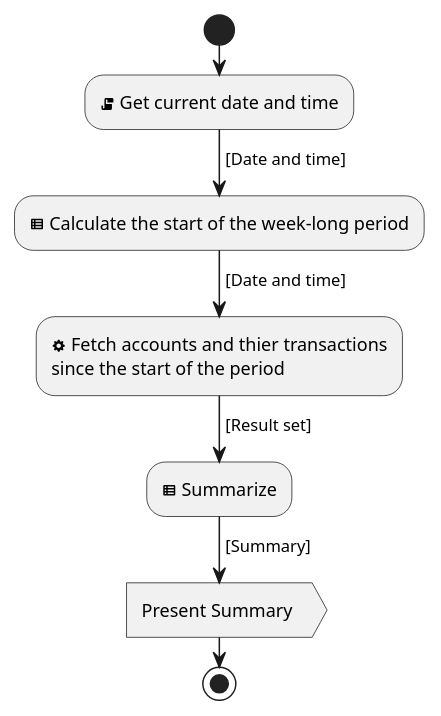
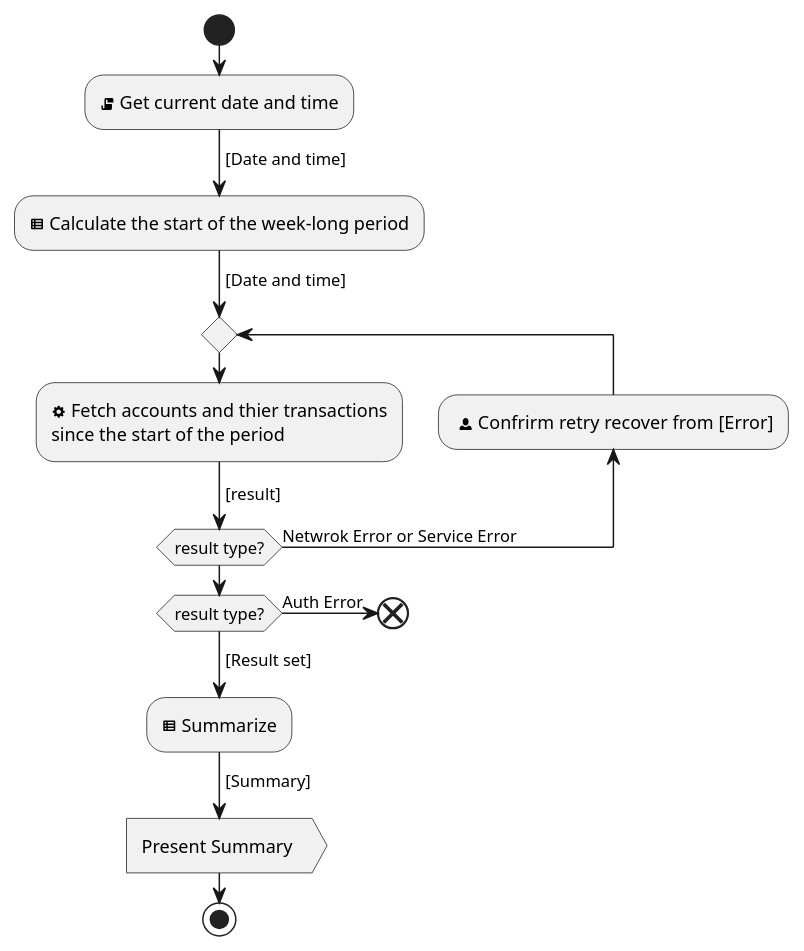
One commit to hristo-stefanov/MiniBankingDemo changed the diagram in diagrams/Present Accounts and RoundUps Summary.puml. Above: the diagram before and after it, drawn with PlantUML.

Commit message:
Add error handling

```diff
--- a/diagrams/Present Accounts and RoundUps Summary.puml
+++ b/diagrams/Present Accounts and RoundUps Summary.puml
@@ -1,21 +1,25 @@
 @startuml
 'https://plantuml.com/activity-diagram-beta
 
 |app|
 start
 :<&script> Get current date and time;
 -> [Date and time];
-'<<businessRule>>
 :<&spreadsheet> Calculate the start of the week-long period;
 -> [Date and time];
-'<<serviceCall>>
-:<&cog> Fetch accounts and thier transactions
+repeat
+ :<&cog> Fetch accounts and thier transactions
 since the start of the period;
+-> [result];
+backward: <&person> Confrirm retry recover from [Error];
+repeat while (result type?) is (Netwrok Error or Service Error)
+if (result type?) then (Auth Error)
+end
+endif
 -> [Result set];
-'<<businessRule>>
 :<&spreadsheet> Summarize;
 -> [Summary];
 :Present Summary >
 stop
 
 @enduml
```
